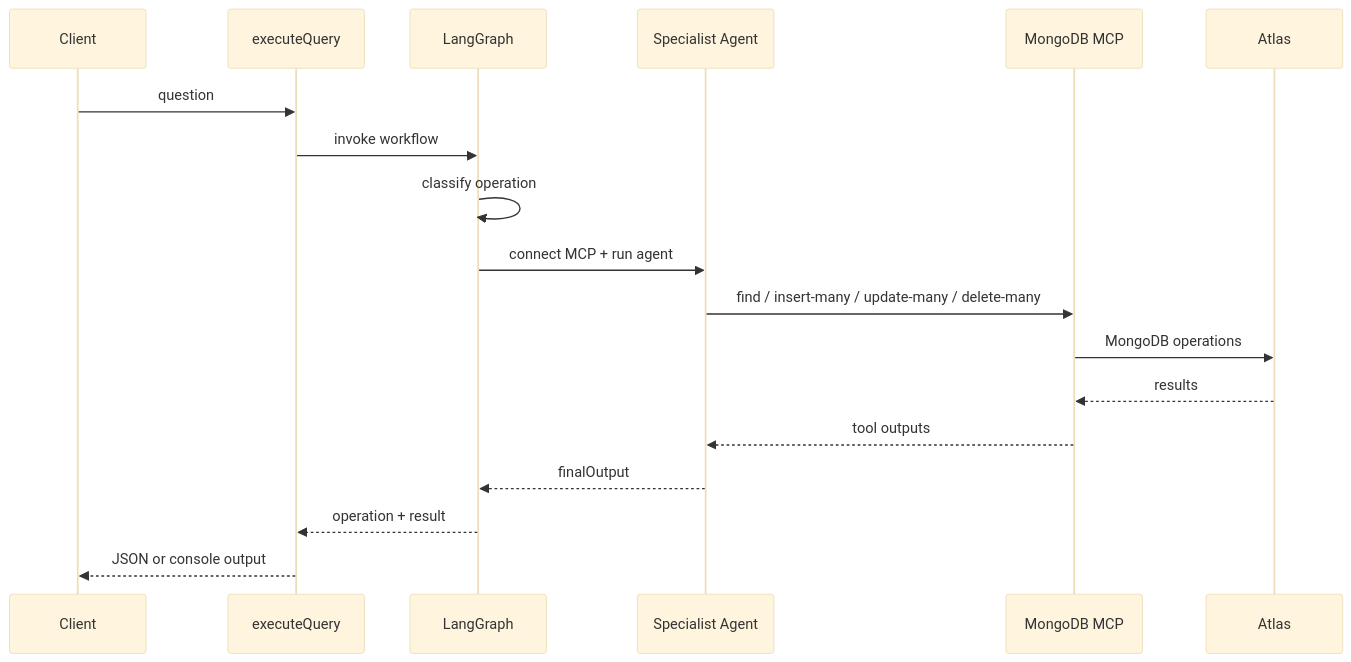
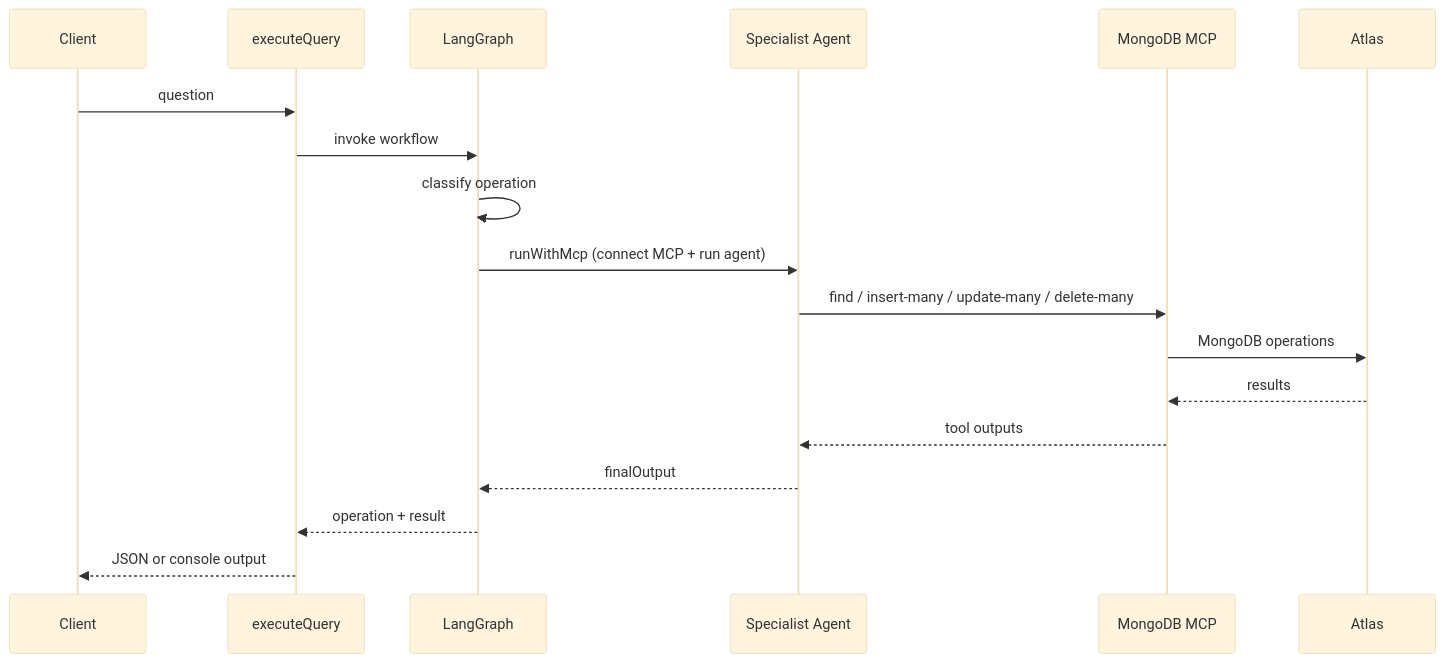
Before and after one commit to tansenkhan1990/MCP_TYEPSCRIPT_MONGODB_LANGGRAPH_OPENAI_AGENT: the second of 2 diagrams in README.md, drawn with Mermaid (base theme). The commit also changed other lines of this file and 27 other files, not shown here.

````diff
--- a/README.md
+++ b/README.md
@@ -508,21 +592,21 @@
 ```mermaid
 sequenceDiagram
   participant C as Client
   participant E as executeQuery
   participant G as LangGraph
   participant A as Specialist Agent
   participant M as MongoDB MCP
   participant D as Atlas
 
   C->>E: question
   E->>G: invoke workflow
   G->>G: classify operation
-  G->>A: connect MCP + run agent
+  G->>A: runWithMcp (connect MCP + run agent)
   A->>M: find / insert-many / update-many / delete-many
   M->>D: MongoDB operations
   D-->>M: results
   M-->>A: tool outputs
   A-->>G: finalOutput
   G-->>E: operation + result
   E-->>C: JSON or console output
 ```
````
